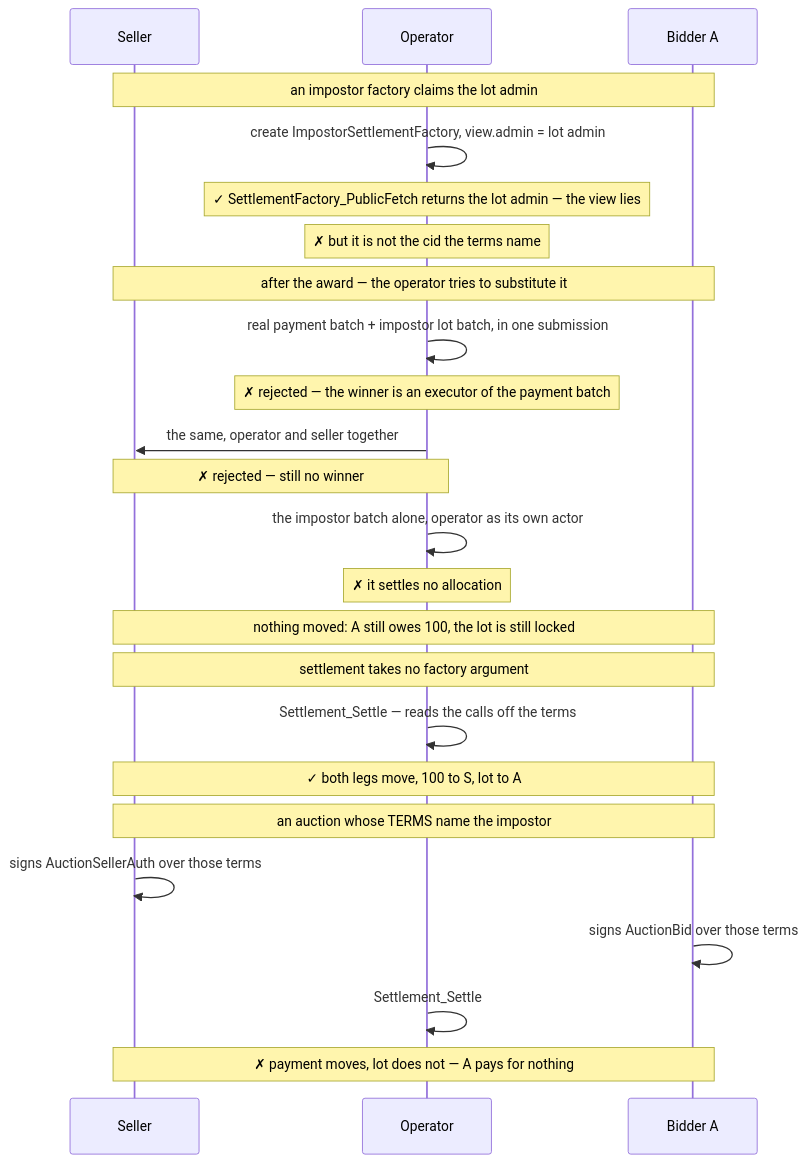
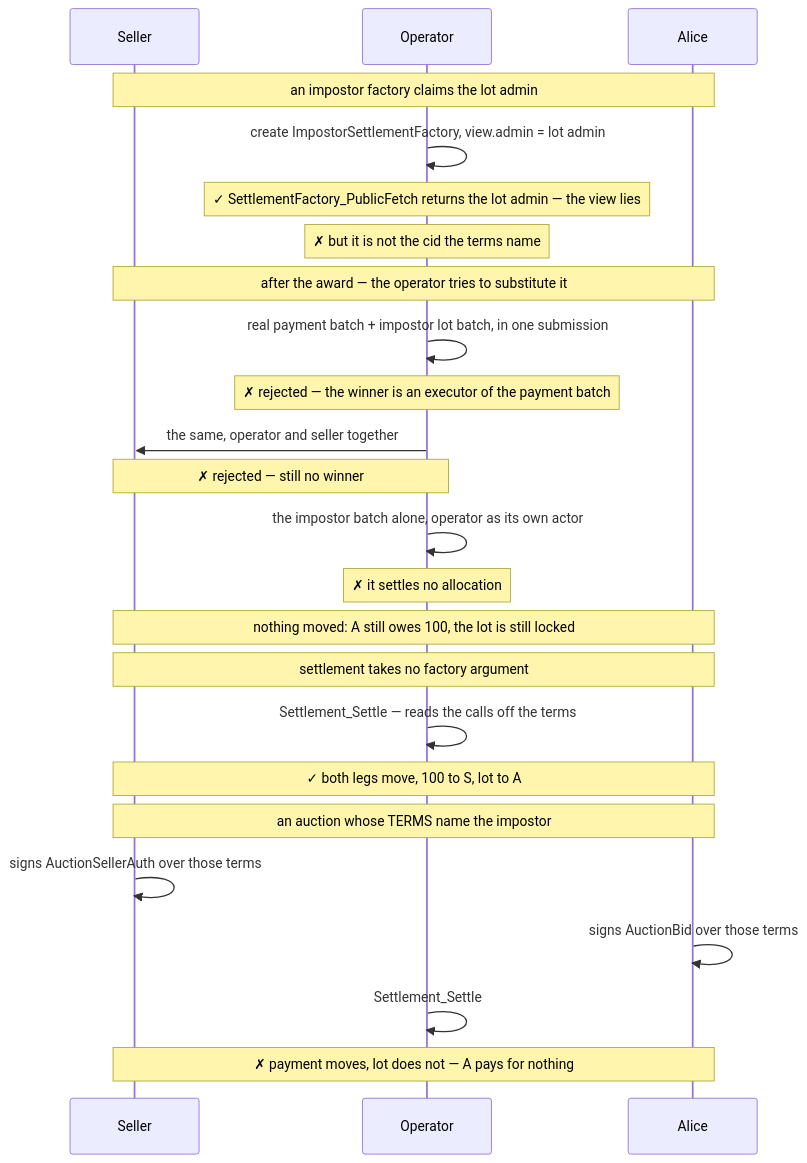
The fifth of 7 diagrams in examples/auctions/sealed-bid-first-price-high-trust/DEMOS.md (unlockitio/concordia), drawn with Mermaid before and after one commit. The commit also changed other lines of this file and 12 other files, not shown here.

````diff
--- a/examples/auctions/sealed-bid-first-price-high-trust/DEMOS.md
+++ b/examples/auctions/sealed-bid-first-price-high-trust/DEMOS.md
@@ -204,30 +207,30 @@
 ```mermaid
 sequenceDiagram
     participant S as Seller
     participant O as Operator
-    participant A as Bidder A
+    participant A as Alice
 
     Note over S,A: an impostor factory claims the lot admin
     O->>O: create ImpostorSettlementFactory, view.admin = lot admin
     Note over O: ✓ SettlementFactory_PublicFetch returns the lot admin — the view lies
     Note over O: ✗ but it is not the cid the terms name
 
     Note over S,A: after the award — the operator tries to substitute it
     O->>O: real payment batch + impostor lot batch, in one submission
     Note over O: ✗ rejected — the winner is an executor of the payment batch
     O->>S: the same, operator and seller together
     Note over S,O: ✗ rejected — still no winner
     O->>O: the impostor batch alone, operator as its own actor
     Note over O: ✗ it settles no allocation
     Note over S,A: nothing moved: A still owes 100, the lot is still locked
 
     Note over S,A: settlement takes no factory argument
     O->>O: Settlement_Settle — reads the calls off the terms
     Note over S,A: ✓ both legs move, 100 to S, lot to A
 
     Note over S,A: an auction whose TERMS name the impostor
     S->>S: signs AuctionSellerAuth over those terms
     A->>A: signs AuctionBid over those terms
     O->>O: Settlement_Settle
     Note over S,A: ✗ payment moves, lot does not — A pays for nothing
 ```
````
